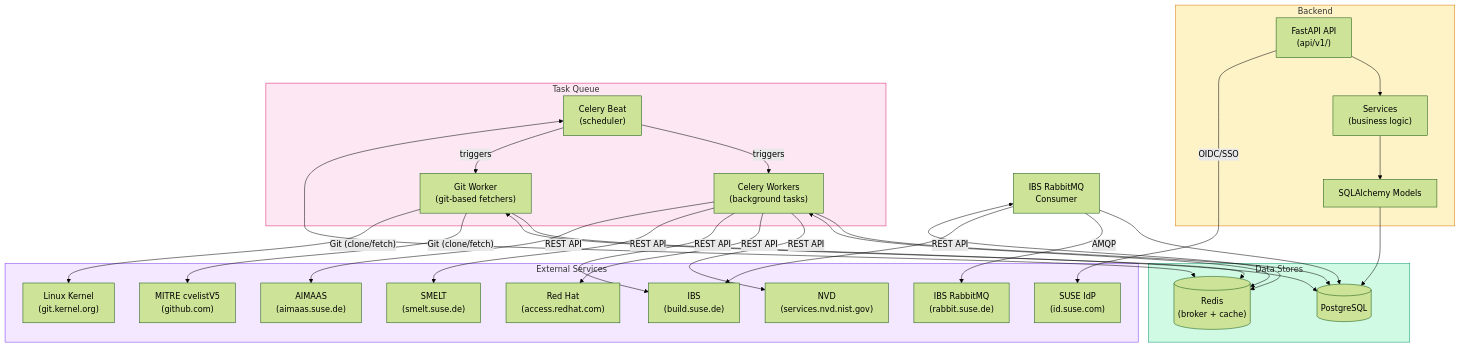
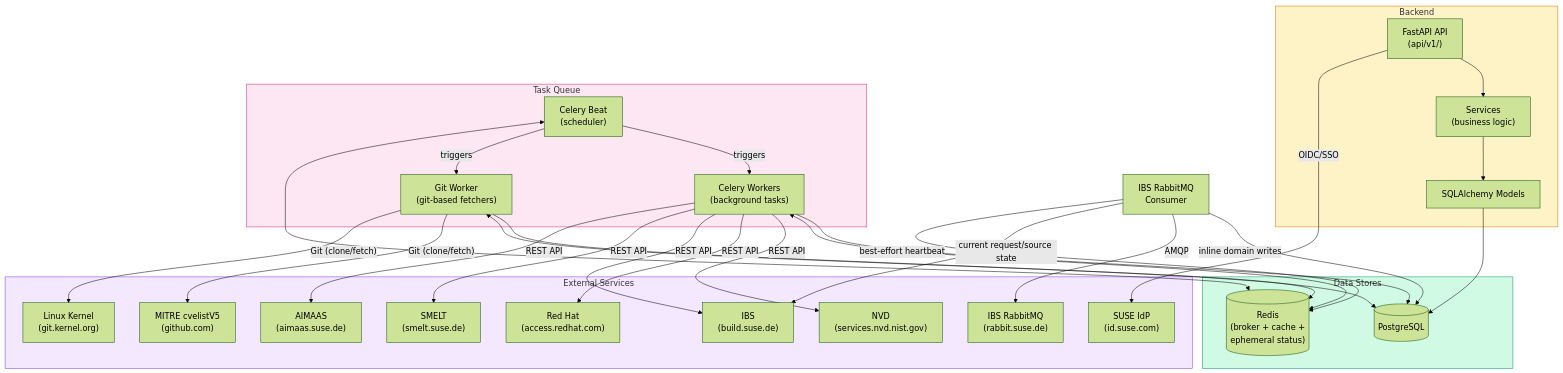
One commit to StayPirate/STAMP changed the first of 7 diagrams in docs/system-map.md. Above: the diagram before and after it, drawn with Mermaid (forest theme). The commit also changed other lines of this file and 25 other files, not shown here.

Commit message:
docs: define IBS request and RabbitMQ contracts (#482)

````diff
--- a/docs/system-map.md
+++ b/docs/system-map.md
@@ -27,64 +27,64 @@
 ```mermaid
 flowchart TB
     subgraph backend["Backend"]
         API["FastAPI API<br/>(api/v1/)"]
         SVC["Services<br/>(business logic)"]
         MDL["SQLAlchemy Models"]
         API --> SVC --> MDL
     end
 
     subgraph taskqueue["Task Queue"]
         BEAT["Celery Beat<br/>(scheduler)"]
         WORKER["Celery Workers<br/>(background tasks)"]
         GITWORKER["Git Worker<br/>(git-based fetchers)"]
         BEAT -->|triggers| WORKER
         BEAT -->|triggers| GITWORKER
     end
 
     subgraph datastores["Data Stores"]
         PG[("PostgreSQL")]
-        RD[("Redis<br/>(broker + cache)")]
+        RD[("Redis<br/>(broker + cache +<br/>ephemeral status)")]
     end
 
     CONSUMER["IBS RabbitMQ<br/>Consumer"]
 
     subgraph external["External Services"]
         NVD["NVD<br/>(services.nvd.nist.gov)"]
         MITRE["MITRE cvelistV5<br/>(github.com)"]
         KERNEL["Linux Kernel<br/>(git.kernel.org)"]
         REDHAT["Red Hat<br/>(access.redhat.com)"]
         IBS["IBS<br/>(build.suse.de)"]
         SMELT["SMELT<br/>(smelt.suse.de)"]
         AIMAAS["AIMAAS<br/>(aimaas.suse.de)"]
         RABBIT["IBS RabbitMQ<br/>(rabbit.suse.de)"]
         IDP["SUSE IdP<br/>(id.suse.com)"]
     end
 
     MDL --> PG
     WORKER --> PG
     WORKER <--> RD
     GITWORKER --> PG
     GITWORKER <--> RD
     BEAT <--> RD
-    CONSUMER --> PG
+    CONSUMER -->|"inline domain writes"| PG
 
     API -->|"OIDC/SSO"| IDP
 
     WORKER -->|"REST API"| NVD
     WORKER -->|"REST API"| REDHAT
     WORKER -->|"REST API"| IBS
     WORKER -->|"REST API"| SMELT
     WORKER -->|"REST API"| AIMAAS
 
     GITWORKER -->|"Git (clone/fetch)"| MITRE
     GITWORKER -->|"Git (clone/fetch)"| KERNEL
 
     CONSUMER -->|"AMQP"| RABBIT
-    CONSUMER -->|"REST API"| IBS
-    CONSUMER <--> RD
+    CONSUMER -->|"current request/source state"| IBS
+    CONSUMER -->|"best-effort heartbeat"| RD
 
     style backend fill:#fef3c7,stroke:#d97706
     style taskqueue fill:#fce7f3,stroke:#db2777
     style datastores fill:#d1fae5,stroke:#059669
     style external fill:#f3e8ff,stroke:#7c3aed
 ```
````
